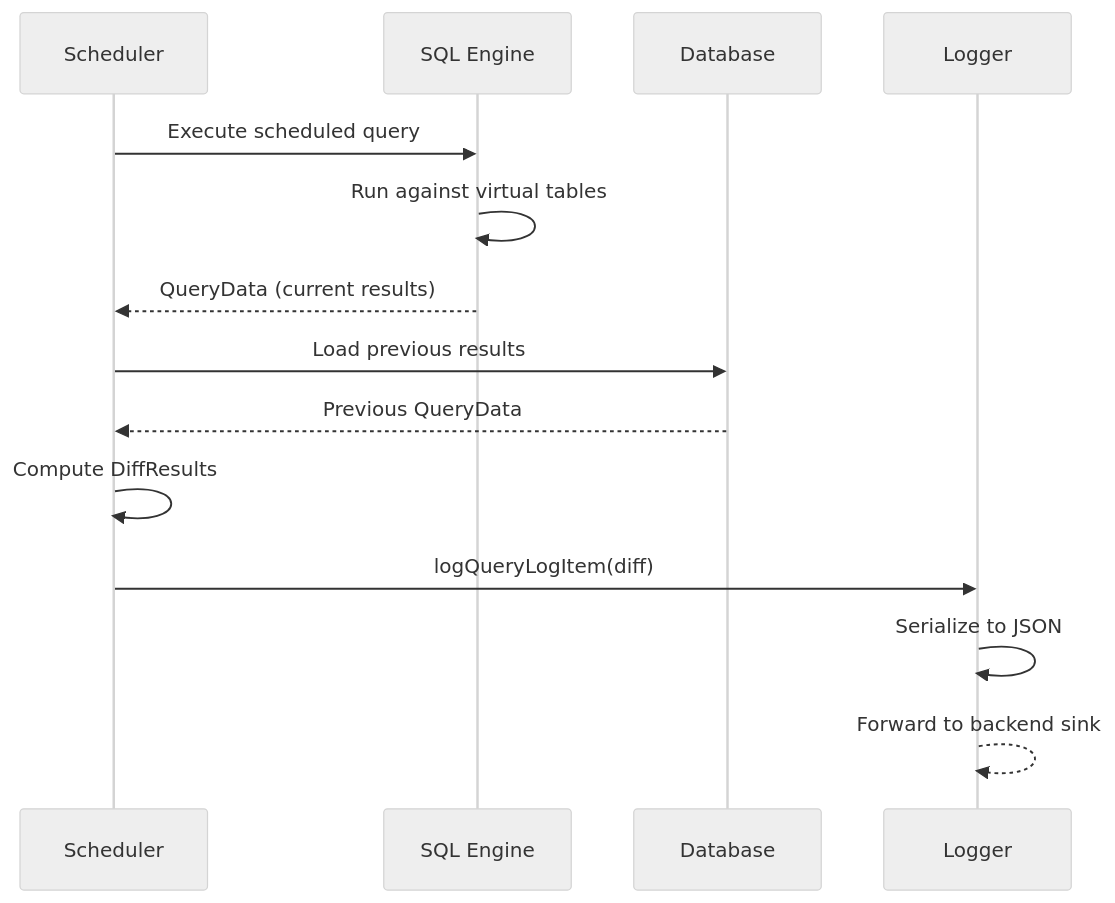
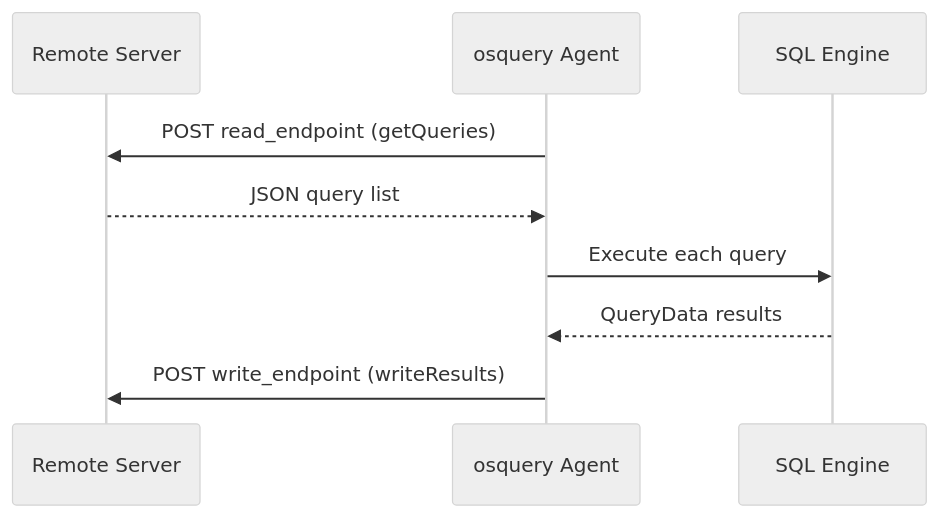
Before and after one commit to flamingo-stack/osquery: the eighth of 8 diagrams in docs/development/architecture/README.md, drawn with Mermaid (neutral theme). The commit also changed other lines of this file and 388 other files, not shown here.

````diff
--- a/docs/development/architecture/README.md
+++ b/docs/development/architecture/README.md
@@ -193,17 +218,12 @@
 ```mermaid
 sequenceDiagram
-    participant Scheduler
+    participant Server as Remote Server
+    participant Agent as osquery Agent
     participant SQL as SQL Engine
-    participant DB as Database
-    participant Logger
 
-    Scheduler->>SQL: Execute scheduled query
-    SQL->>SQL: Run against virtual tables
-    SQL-->>Scheduler: QueryData (current results)
-    Scheduler->>DB: Load previous results
-    DB-->>Scheduler: Previous QueryData
-    Scheduler->>Scheduler: Compute DiffResults
-    Scheduler->>Logger: logQueryLogItem(diff)
-    Logger->>Logger: Serialize to JSON
-    Logger-->>Logger: Forward to backend sink
+    Agent->>Server: POST read_endpoint (getQueries)
+    Server-->>Agent: JSON query list
+    Agent->>SQL: Execute each query
+    SQL-->>Agent: QueryData results
+    Agent->>Server: POST write_endpoint (writeResults)
 ```
````
